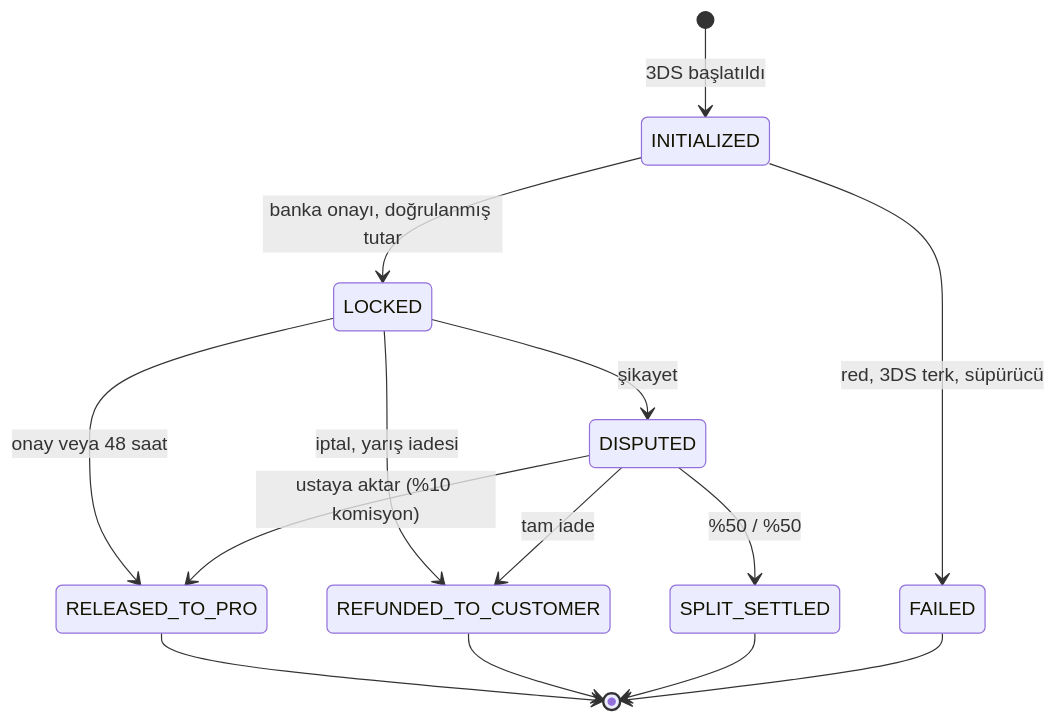
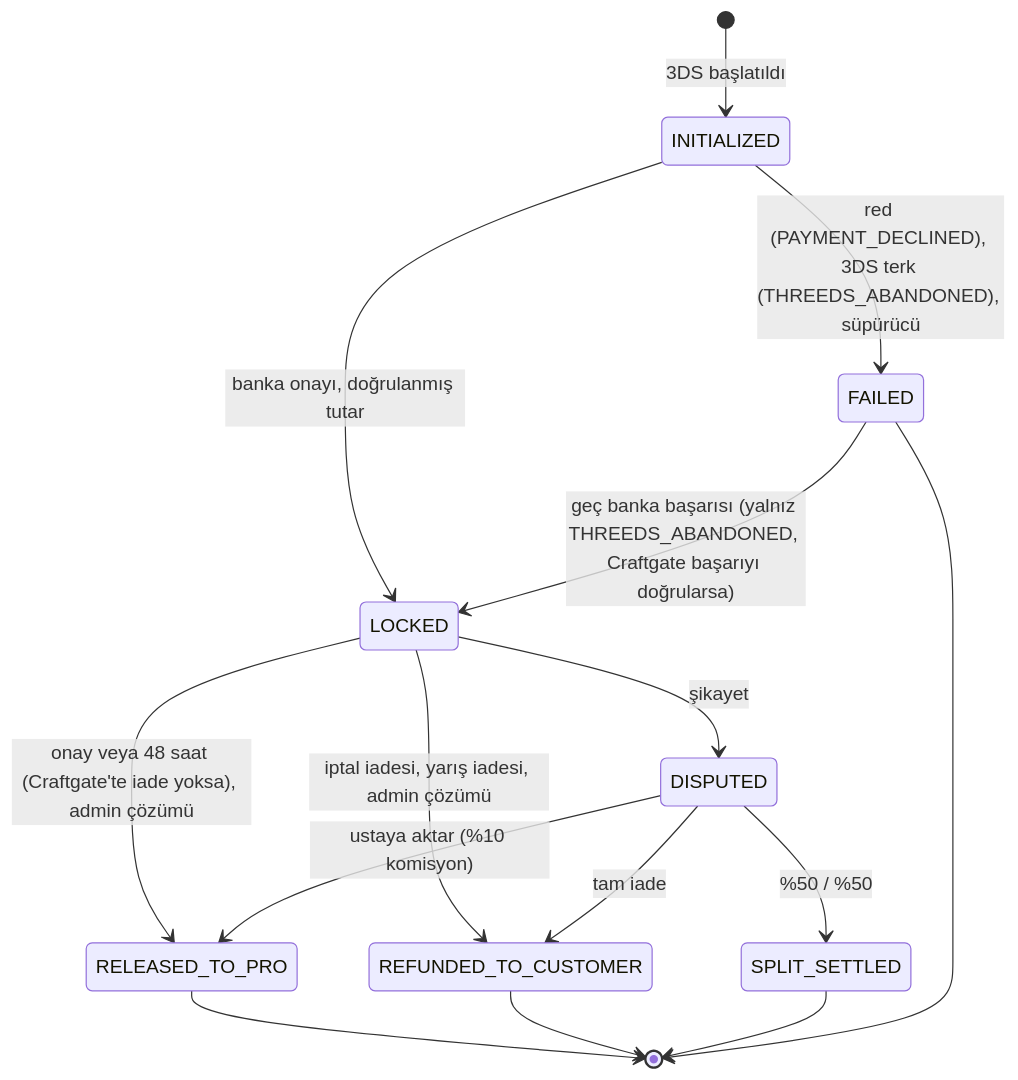
Diagram 26 of 27 in docs/deliverables/SDD.md (ataherdematay/Grad_Project), drawn with Mermaid before and after one commit. The commit also changed other lines of this file and 20 other files, not shown here.

````diff
--- a/docs/deliverables/SDD.md
+++ b/docs/deliverables/SDD.md
@@ -1502,16 +1771,17 @@
 ```mermaid
 stateDiagram-v2
     [*] --> INITIALIZED : 3DS başlatıldı
     INITIALIZED --> LOCKED : banka onayı, doğrulanmış tutar
-    INITIALIZED --> FAILED : red, 3DS terk, süpürücü
+    INITIALIZED --> FAILED : red (PAYMENT_DECLINED), 3DS terk (THREEDS_ABANDONED), süpürücü
+    FAILED --> LOCKED : geç banka başarısı (yalnız THREEDS_ABANDONED, Craftgate başarıyı doğrularsa)
     LOCKED --> DISPUTED : şikayet
-    LOCKED --> RELEASED_TO_PRO : onay veya 48 saat
-    LOCKED --> REFUNDED_TO_CUSTOMER : iptal, yarış iadesi
+    LOCKED --> RELEASED_TO_PRO : onay veya 48 saat (Craftgate'te iade yoksa), admin çözümü
+    LOCKED --> REFUNDED_TO_CUSTOMER : iptal iadesi, yarış iadesi, admin çözümü
     DISPUTED --> RELEASED_TO_PRO : ustaya aktar (%10 komisyon)
     DISPUTED --> REFUNDED_TO_CUSTOMER : tam iade
     DISPUTED --> SPLIT_SETTLED : %50 / %50
     RELEASED_TO_PRO --> [*]
     REFUNDED_TO_CUSTOMER --> [*]
     SPLIT_SETTLED --> [*]
     FAILED --> [*]
 ```
````
